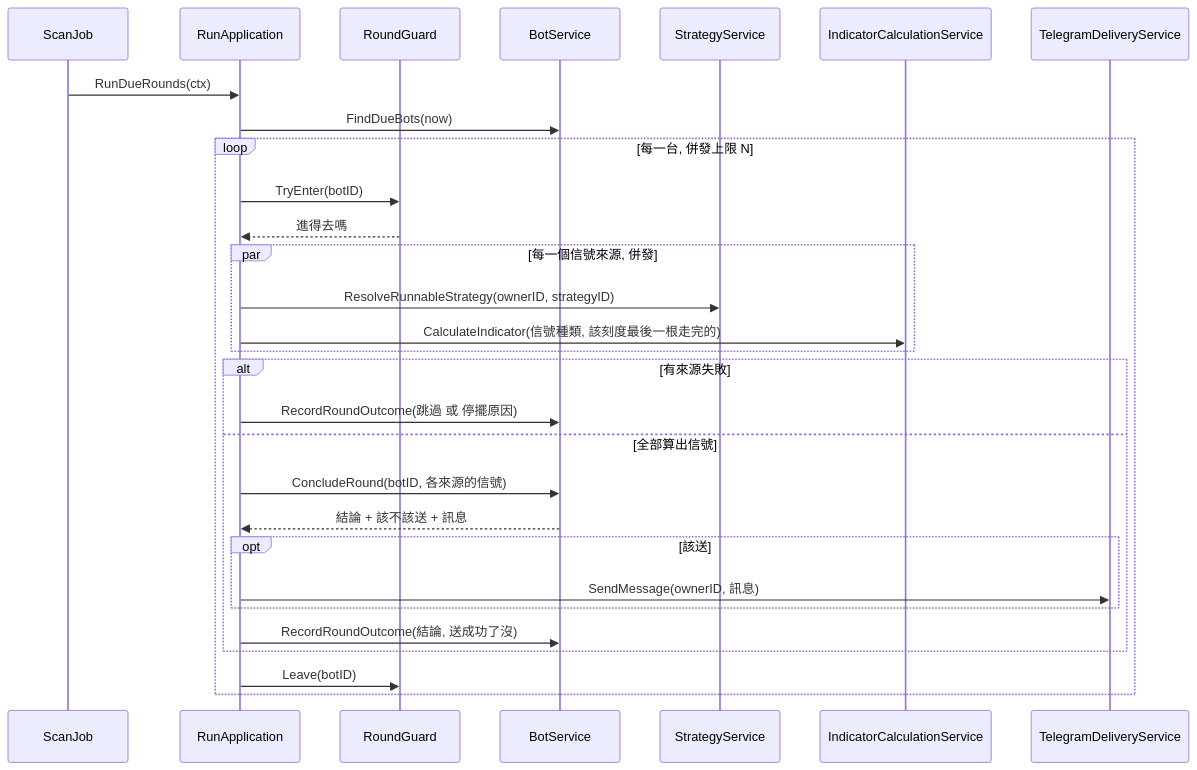
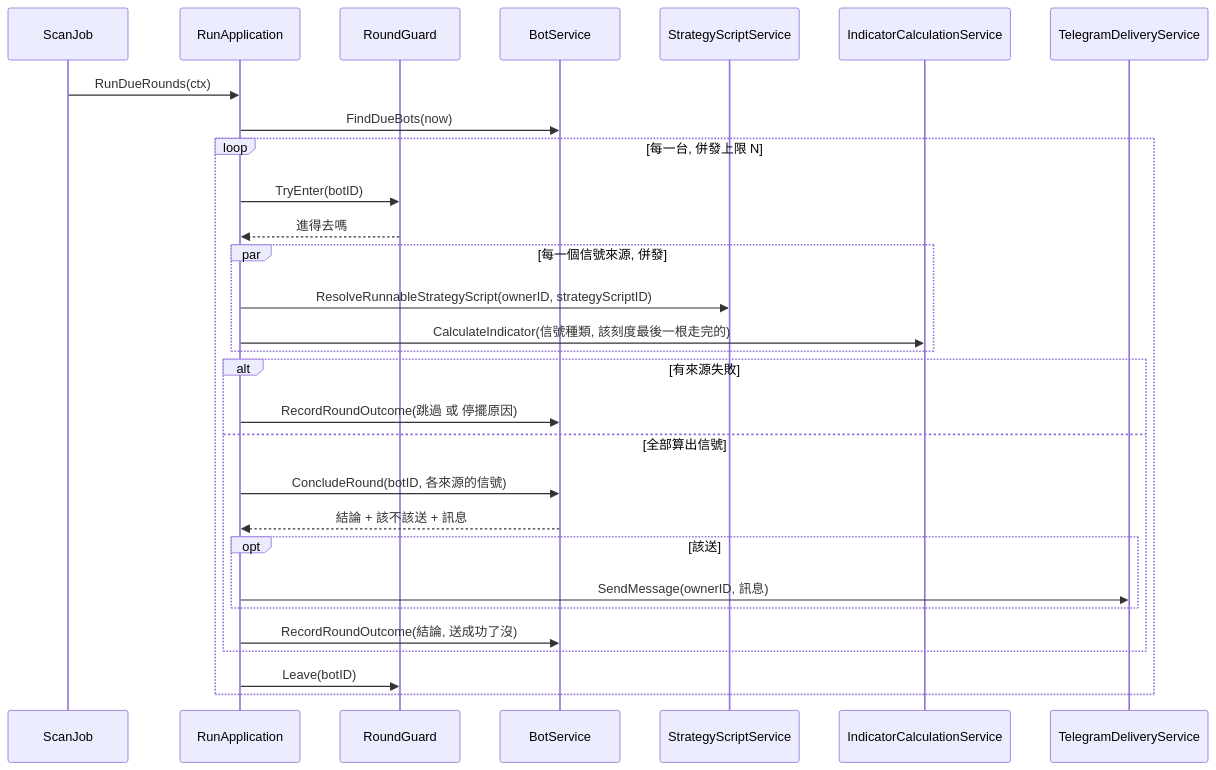
One commit to CodeMachine0121/go-trading changed the second of 2 diagrams in .sdd/2026-09-16-strategy-bot/ARCH.md. Above: the diagram before and after it, drawn with Mermaid. The commit also changed other lines of this file and 279 other files, not shown here.

First line of the commit message:
refactor: rename strategy to strategy script (#35)

````diff
--- a/.sdd/2026-09-16-strategy-bot/ARCH.md
+++ b/.sdd/2026-09-16-strategy-bot/ARCH.md
@@ -168,32 +168,32 @@
 ```mermaid
 sequenceDiagram
     participant J as ScanJob
     participant R as RunApplication
     participant G as RoundGuard
     participant S as BotService
-    participant SS as StrategyService
+    participant SS as StrategyScriptService
     participant IC as IndicatorCalculationService
     participant TD as TelegramDeliveryService
 
     J->>R: RunDueRounds(ctx)
     R->>S: FindDueBots(now)
     loop 每一台, 併發上限 N
       R->>G: TryEnter(botID)
       G-->>R: 進得去嗎
       par 每一個信號來源, 併發
-        R->>SS: ResolveRunnableStrategy(ownerID, strategyID)
+        R->>SS: ResolveRunnableStrategyScript(ownerID, strategyScriptID)
         R->>IC: CalculateIndicator(信號種類, 該刻度最後一根走完的)
       end
       alt 有來源失敗
         R->>S: RecordRoundOutcome(跳過 或 停擺原因)
       else 全部算出信號
         R->>S: ConcludeRound(botID, 各來源的信號)
         S-->>R: 結論 + 該不該送 + 訊息
         opt 該送
           R->>TD: SendMessage(ownerID, 訊息)
         end
         R->>S: RecordRoundOutcome(結論, 送成功了沒)
       end
       R->>G: Leave(botID)
     end
 ```
````
